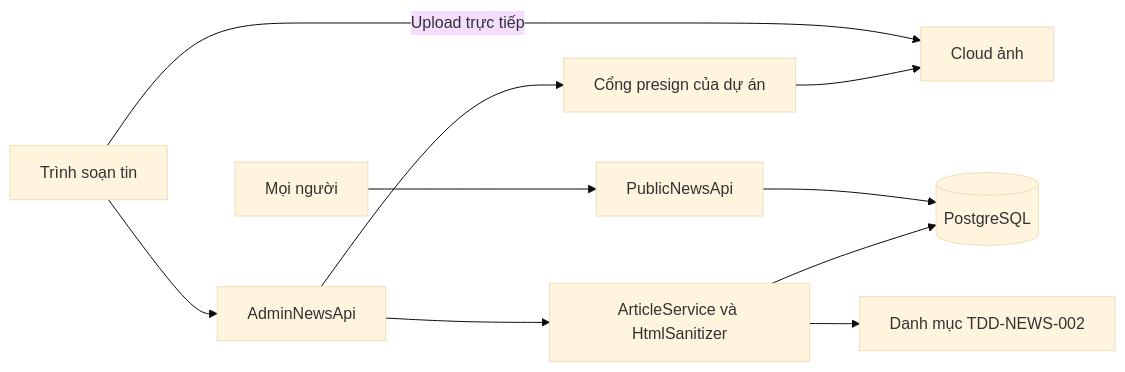
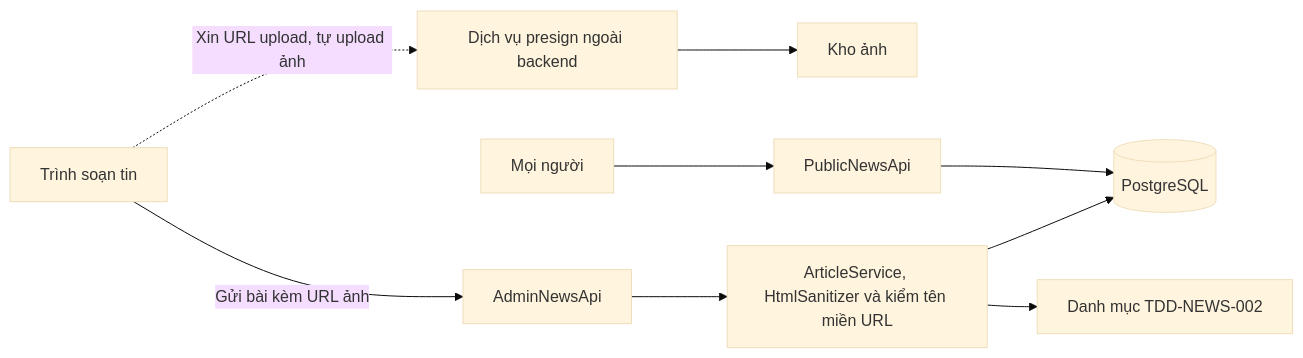
One commit to TaskCoper/bmt-documentation changed the first of 5 diagrams in tdd/TDD-NEWS-001.md. Above: the diagram before and after it, drawn with Mermaid (base theme). The commit also changed other lines of this file and 50 other files, not shown here.

````diff
--- a/tdd/TDD-NEWS-001.md
+++ b/tdd/TDD-NEWS-001.md
@@ -94,12 +110,11 @@
 ```mermaid
 flowchart LR
-    FE["Trình soạn tin"] --> ADMIN["AdminNewsApi"]
-    ADMIN --> MEDIA["Cổng presign của dự án"]
-    MEDIA --> CLOUD["Cloud ảnh"]
-    FE -->|"Upload trực tiếp"| CLOUD
-    ADMIN --> APP["ArticleService và HtmlSanitizer"]
+    FE["Trình soạn tin"] -.->|"Xin URL upload, tự upload ảnh"| PRESIGN["Dịch vụ presign ngoài backend"]
+    PRESIGN --> CLOUD["Kho ảnh"]
+    FE -->|"Gửi bài kèm URL ảnh"| ADMIN["AdminNewsApi"]
+    ADMIN --> APP["ArticleService, HtmlSanitizer và kiểm tên miền URL"]
     APP --> DB[(PostgreSQL)]
     APP --> CAT["Danh mục TDD-NEWS-002"]
     READER["Mọi người"] --> PUBLIC["PublicNewsApi"]
     PUBLIC --> DB
 ```
````
